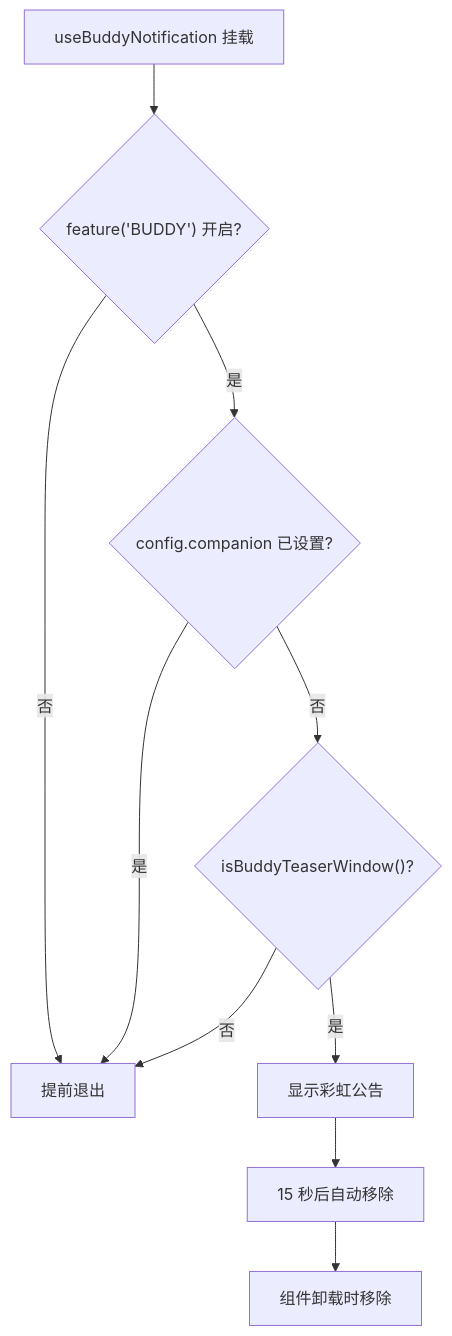
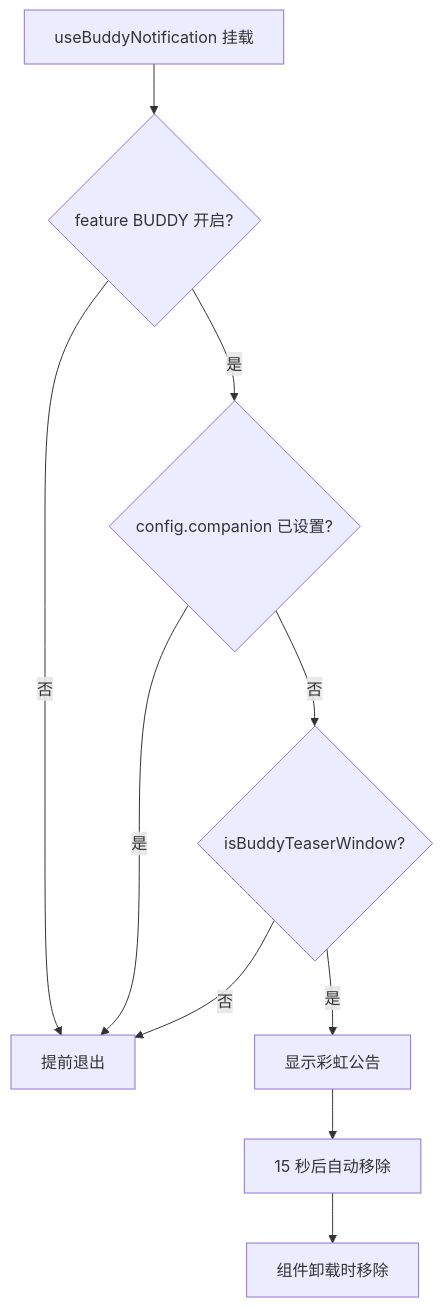
The second of 3 diagrams in .nium-wiki/wiki/buddy/buddy-notifications.md (niuma996/claude-code-sourcemap-wiki), drawn with Mermaid before and after one commit. The commit also changed other lines of this file and 1976 other files, not shown here.

````diff
--- a/.nium-wiki/wiki/buddy/buddy-notifications.md
+++ b/.nium-wiki/wiki/buddy/buddy-notifications.md
@@ -82,12 +82,12 @@
 ```mermaid
 flowchart TD
-    A["useBuddyNotification 挂载"] --> B{"feature('BUDDY') 开启?"}
-    B -->|否| Exit["提前退出"]
-    B -->|是| C{"config.companion 已设置?"}
+    A[useBuddyNotification 挂载] --> B{feature BUDDY 开启?}
+    B -->|否| Exit[提前退出]
+    B -->|是| C{config.companion 已设置?}
     C -->|是| Exit
-    C -->|否| D{"isBuddyTeaserWindow()?"}
+    C -->|否| D{isBuddyTeaserWindow?}
     D -->|否| Exit
-    D -->|是| E["显示彩虹公告"]
-    E --> F["15 秒后自动移除"]
-    F --> G["组件卸载时移除"]
+    D -->|是| E[显示彩虹公告]
+    E --> F[15 秒后自动移除]
+    F --> G[组件卸载时移除]
 ```
````
